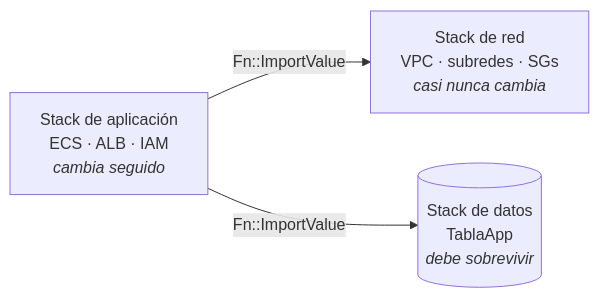
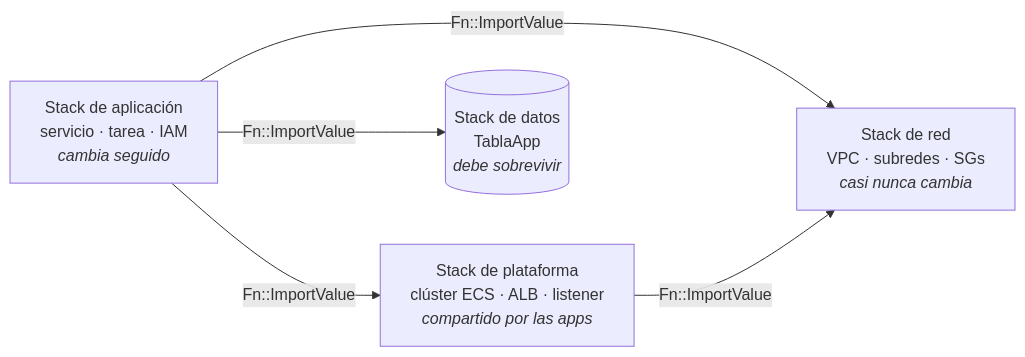
One commit to cloudbridgeuy/courses changed the diagram in content/aws-devops/12-separar-stacks.md. Above: the diagram before and after it, drawn with Mermaid. The commit also changed other lines of this file and 10 other files, not shown here.

````diff
--- a/content/aws-devops/12-separar-stacks.md
+++ b/content/aws-devops/12-separar-stacks.md
@@ -27,8 +335,11 @@
 ```mermaid
 flowchart LR
-  APP["Stack de aplicación<br/>ECS · ALB · IAM<br/><i>cambia seguido</i>"]
+  APP["Stack de aplicación<br/>servicio · tarea · IAM<br/><i>cambia seguido</i>"]
+  PLAT["Stack de plataforma<br/>clúster ECS · ALB · listener<br/><i>compartido por las apps</i>"]
   RED["Stack de red<br/>VPC · subredes · SGs<br/><i>casi nunca cambia</i>"]
   DATOS[("Stack de datos<br/>TablaApp<br/><i>debe sobrevivir</i>")]
+  APP -->|Fn::ImportValue| PLAT
   APP -->|Fn::ImportValue| RED
   APP -->|Fn::ImportValue| DATOS
+  PLAT -->|Fn::ImportValue| RED
 ```
````
